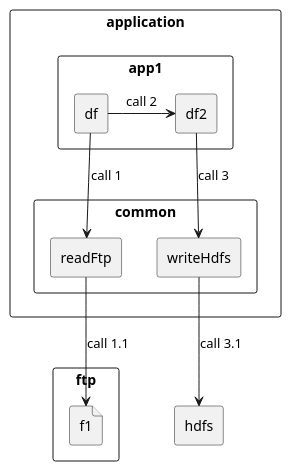
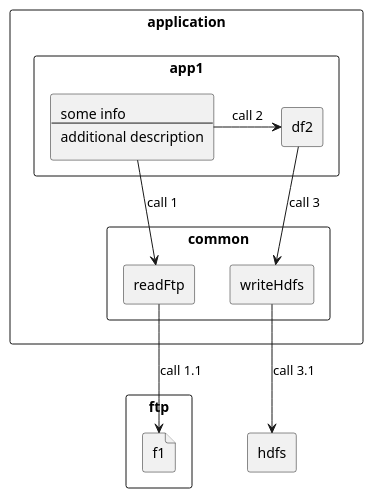
One commit to vvasyuk/git changed the diagram in uml/plantUml/communication_diag.puml. Above: the diagram before and after it, drawn with PlantUML. The commit also changed 40 other files, not shown here.

```diff
--- a/uml/plantUml/communication_diag.puml
+++ b/uml/plantUml/communication_diag.puml
@@ -1,33 +1,37 @@
 @startuml
 'skinparam linestyle ortho
 'rectangle "A" as one
 'rectangle "B" as two
 'rectangle "C" as three
 'rectangle "D" as four
 
 'one -right-> two: message 1-->2
 'two -right-> three: message 2-->3
 'two --> four: message 2-->4
 'three -[hidden]- four
 
 rectangle ftp{
     file f1
 }
 rectangle hdfs
 rectangle application{
     rectangle app1{
-        rectangle df
+        rectangle df[
+            some info
+            ---
+            additional description
+        ]
         rectangle df2
     }
     rectangle common{
         rectangle readFtp
         rectangle writeHdfs
     }
 
 }
 df --> readFtp: call 1
 df -right-> df2: call 2
 readFtp --> f1: call 1.1
 df2 --> writeHdfs: call 3
 writeHdfs --> hdfs: call 3.1
 @enduml
```
